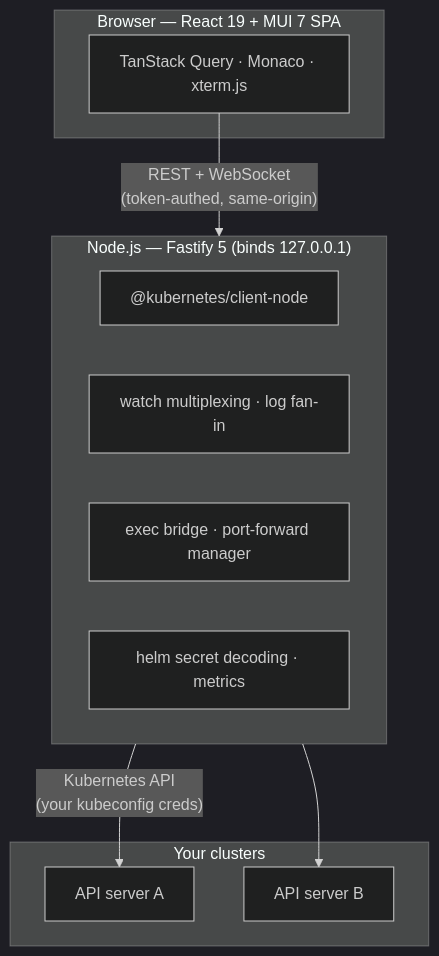
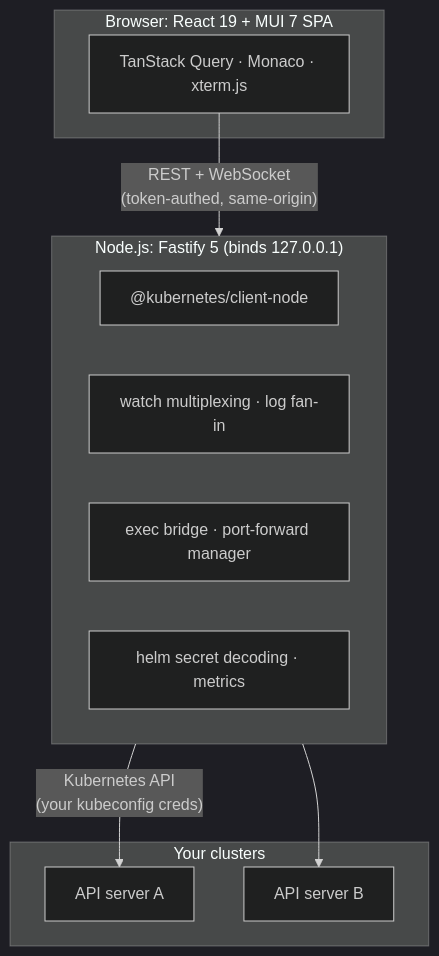
Before and after one commit to FloSch62/Kubus: the diagram in docs/reference/architecture.md, drawn with Mermaid (dark theme). The commit also changed other lines of this file and 43 other files, not shown here.

````diff
--- a/docs/reference/architecture.md
+++ b/docs/reference/architecture.md
@@ -11,19 +11,19 @@
 ```mermaid
 graph TD
-  subgraph Browser["Browser — React 19 + MUI 7 SPA"]
+  subgraph Browser["Browser: React 19 + MUI 7 SPA"]
     UI["TanStack Query · Monaco · xterm.js"]
   end
-  subgraph Server["Node.js — Fastify 5 (binds 127.0.0.1)"]
+  subgraph Server["Node.js: Fastify 5 (binds 127.0.0.1)"]
     K["@kubernetes/client-node"]
     W["watch multiplexing · log fan-in"]
     E["exec bridge · port-forward manager"]
     H["helm secret decoding · metrics"]
   end
   subgraph Clusters["Your clusters"]
     A["API server A"]
     B["API server B"]
   end
   UI -- "REST + WebSocket<br/>(token-authed, same-origin)" --> Server
   Server -- "Kubernetes API<br/>(your kubeconfig creds)" --> A
   Server --> B
 ```
````
